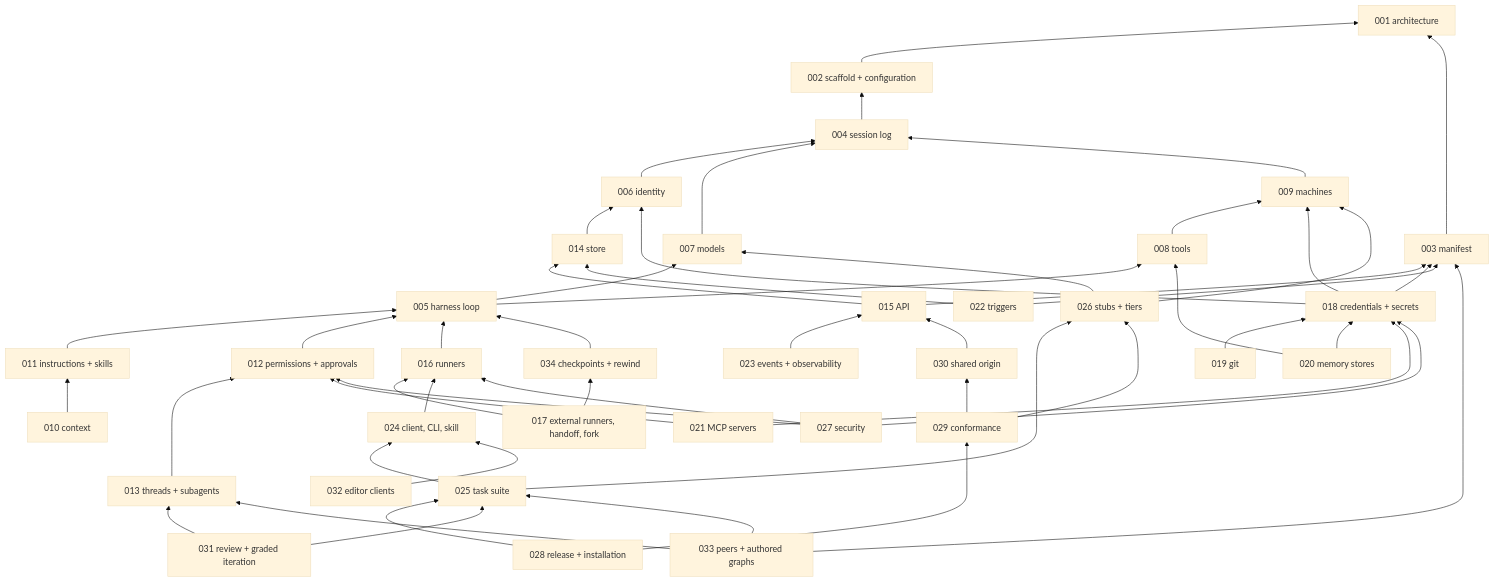
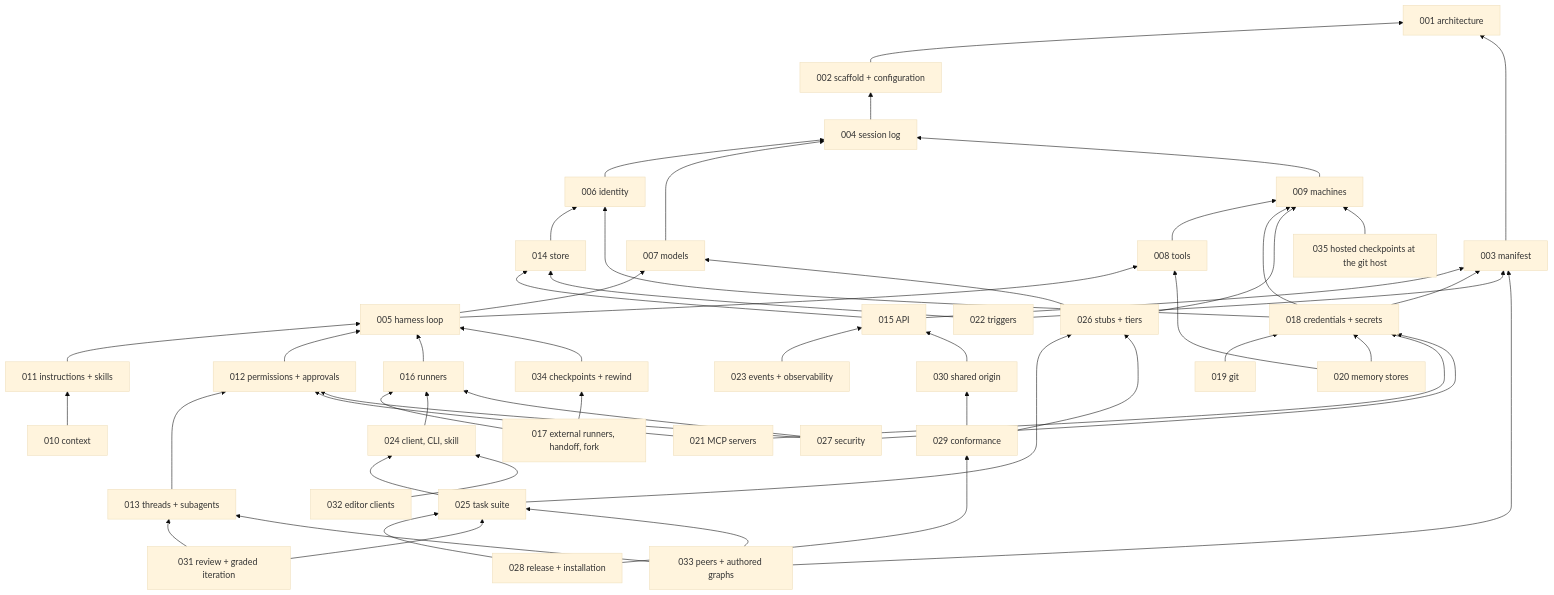
Before and after one commit to latere-ai/topos: the second of 2 diagrams in specs/README.md, drawn with Mermaid (base theme). The commit also changed other lines of this file and 5 other files, not shown here.

Commit message:
specs: 035, a hosted session keeps its checkpoints at its repository on the git host, and a fork restores its files from there

````diff
--- a/specs/README.md
+++ b/specs/README.md
@@ -134,6 +135,7 @@
   S032[032 editor clients]
   S033[033 peers + authored graphs]
   S034[034 checkpoints + rewind]
+  S035[035 hosted checkpoints at the git host]
   S002 --> S001
   S003 --> S001
   S004 --> S002
@@ -184,4 +186,5 @@
   S033 --> S013
   S033 --> S025
   S034 --> S005
+  S035 --> S009
 ```
````
